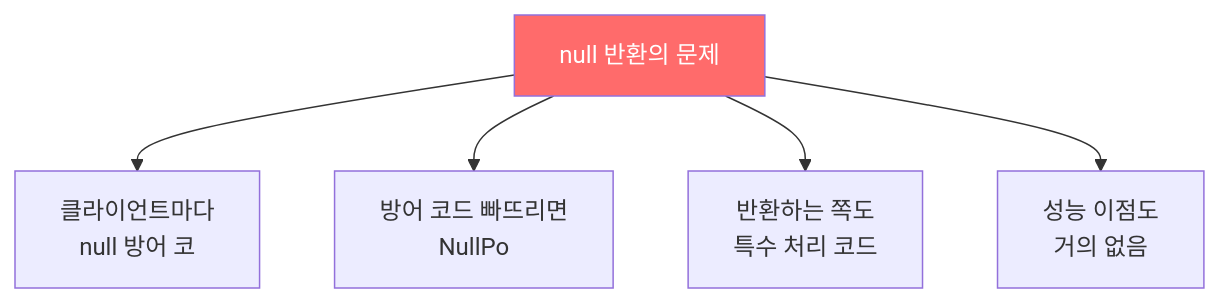
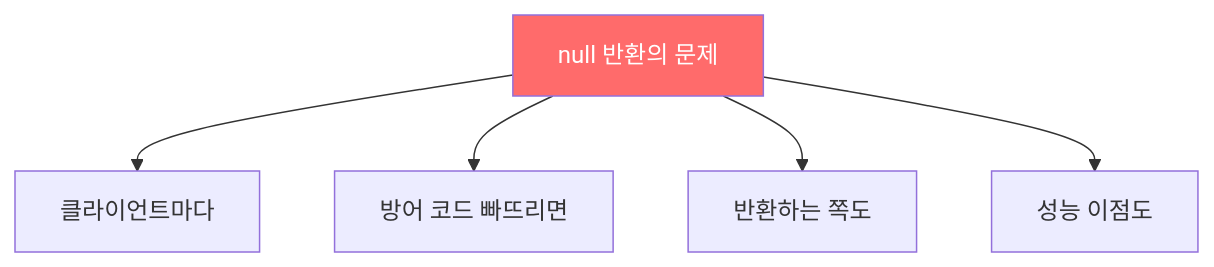
Before and after one commit to yjkim2015/yjkim2015.github.io: the diagram in _posts/java/2022-02-08-effective-java54.md, drawn with Mermaid. The commit also changed 217 other files, not shown here.

First line of the commit message:
Mermaid 크기 수정: useMaxWidth:true + SVG max-width:100% + 라벨 축소

````diff
--- a/_posts/java/2022-02-08-effective-java54.md
+++ b/_posts/java/2022-02-08-effective-java54.md
@@ -33,8 +33,8 @@
 ```mermaid
 graph TD
-    A["null 반환의 문제"] --> B["클라이언트마다\nnull 방어 코"]
-    A --> C["방어 코드 빠뜨리면\nNullPo"]
-    A --> D["반환하는 쪽도\n특수 처리 코드"]
-    A --> E["성능 이점도\n거의 없음"]
+    A["null 반환의 문제"] --> B["클라이언트마다"]
+    A --> C["방어 코드 빠뜨리면"]
+    A --> D["반환하는 쪽도"]
+    A --> E["성능 이점도"]
     style A fill:#ff6b6b,color:#fff
 ```
````
